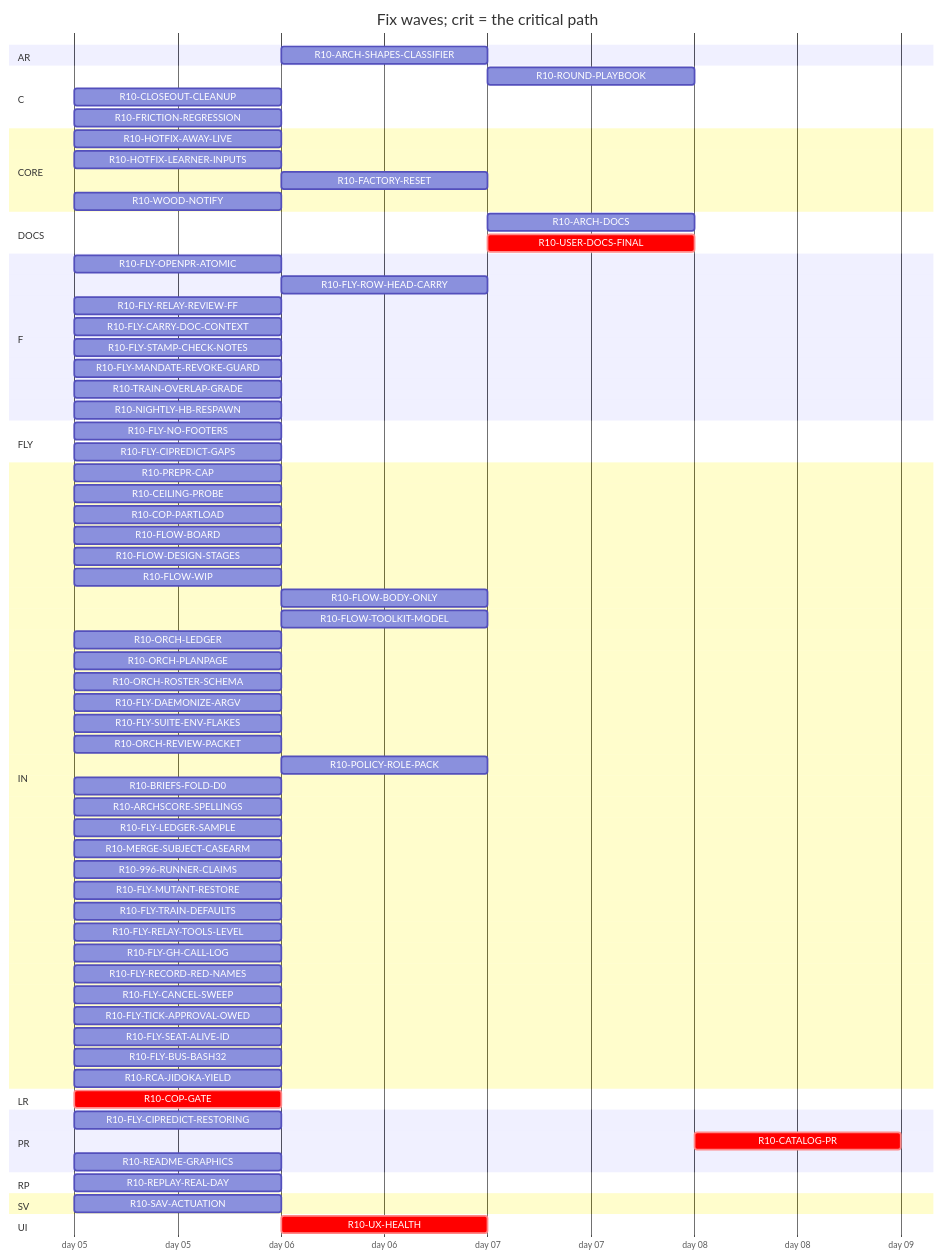
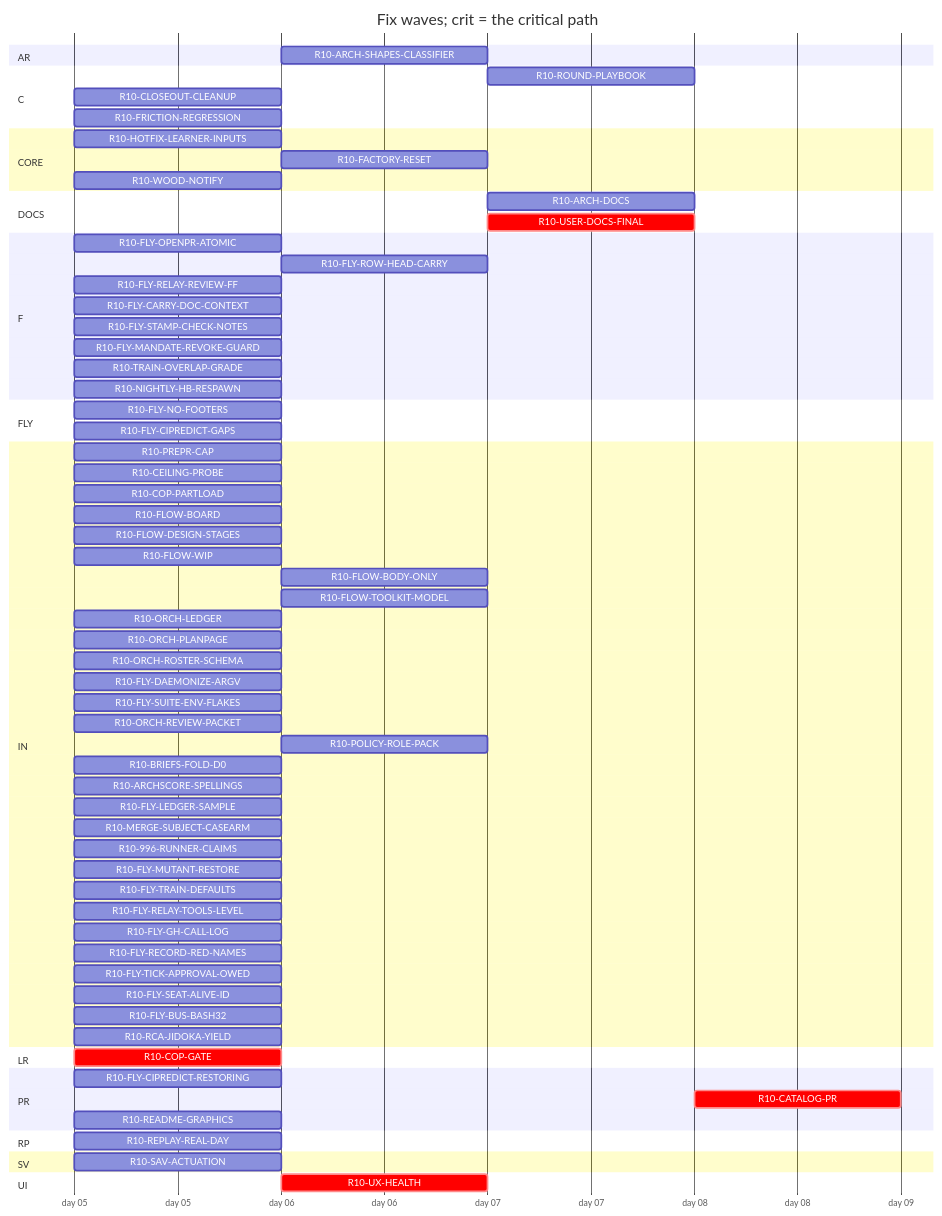
Before and after one commit to tvofi/heatpump_optimizer: the diagram in handoff/round10/state/PLAN-TABLE.md, drawn with Mermaid. The commit also changed other lines of this file and 3 other files, not shown here.

Commit message:
state: FLOW-BOARD.md, NEXT-SESSION-PROMPT.md, PLAN-TABLE.md, RESUME-CURRENT.md regenerated (state_docs.py)

````diff
--- a/handoff/round10/state/PLAN-TABLE.md
+++ b/handoff/round10/state/PLAN-TABLE.md
@@ -25,75 +25,73 @@
 ```mermaid
 gantt
   title Fix waves; crit = the critical path
   dateFormat YYYY-MM-DD
   axisFormat day %d
   section AR
     R10-ARCH-SHAPES-CLASSIFIER :r10ARCHSHAPESCLASSIFIER, after r10996RUNNERCLAIMS, 1d
   section C
     R10-ROUND-PLAYBOOK :r10ROUNDPLAYBOOK, after r10ORCHLEDGER r10ORCHPLANPAGE r10FLYRELAYREVIEWFF r10FLOWBODYONLY, 1d
     R10-CLOSEOUT-CLEANUP :r10CLOSEOUTCLEANUP, 2026-01-05, 1d
     R10-FRICTION-REGRESSION :r10FRICTIONREGRESSION, 2026-01-05, 1d
   section CORE
-    R10-HOTFIX-AWAY-LIVE :r10HOTFIXAWAYLIVE, 2026-01-05, 1d
     R10-HOTFIX-LEARNER-INPUTS :r10HOTFIXLEARNERINPUTS, 2026-01-05, 1d
     R10-FACTORY-RESET :r10FACTORYRESET, after r10HOTFIXLEARNERINPUTS, 1d
     R10-WOOD-NOTIFY :r10WOODNOTIFY, 2026-01-05, 1d
   section DOCS
     R10-ARCH-DOCS :r10ARCHDOCS, after r10COPGATE r10UXHEALTH r10CEILINGPROBE r10COPPARTLOAD r10FLOWBOARD r10FLOWDESIGNSTAGES r10FLOWWIP r10FLOWBODYONLY r10FLYOPENPRATOMIC r10FLYROWHEADCARRY r10FLYRELAYREVIEWFF r10FLYCARRYDOCCONTEXT r10FLOWTOOLKITMODEL r10FLYSTAMPCHECKNOTES r10FLYMANDATEREVOKEGUARD r10TRAINOVERLAPGRADE r10NIGHTLYHBRESPAWN r10ORCHLEDGER r10ORCHPLANPAGE r10ORCHROSTERSCHEMA r10FLYDAEMONIZEARGV r10ORCHREVIEWPACKET r10POLICYROLEPACK r10BRIEFSFOLDD0 r10REPLAYREALDAY r10ARCHSCORESPELLINGS r10SAVACTUATION r10FLYLEDGERSAMPLE r10READMEGRAPHICS, 1d
-    R10-USER-DOCS-FINAL :crit, r10USERDOCSFINAL, after r10COPGATE r10UXHEALTH r10CEILINGPROBE r10COPPARTLOAD r10FLOWBOARD r10FLOWDESIGNSTAGES r10FLOWWIP r10FLOWBODYONLY r10FLYOPENPRATOMIC r10FLYROWHEADCARRY r10FLYRELAYREVIEWFF r10FLYCARRYDOCCONTEXT r10FLOWTOOLKITMODEL r10FLYSTAMPCHECKNOTES r10FLYMANDATEREVOKEGUARD r10TRAINOVERLAPGRADE r10NIGHTLYHBRESPAWN r10ORCHLEDGER r10ORCHPLANPAGE r10ORCHROSTERSCHEMA r10FLYDAEMONIZEARGV r10ORCHREVIEWPACKET r10POLICYROLEPACK r10BRIEFSFOLDD0 r10REPLAYREALDAY r10ARCHSCORESPELLINGS r10SAVACTUATION r10FLYLEDGERSAMPLE r10READMEGRAPHICS r10HOTFIXAWAYLIVE r10HOTFIXLEARNERINPUTS r10FACTORYRESET r10WOODNOTIFY, 1d
+    R10-USER-DOCS-FINAL :crit, r10USERDOCSFINAL, after r10COPGATE r10UXHEALTH r10CEILINGPROBE r10COPPARTLOAD r10FLOWBOARD r10FLOWDESIGNSTAGES r10FLOWWIP r10FLOWBODYONLY r10FLYOPENPRATOMIC r10FLYROWHEADCARRY r10FLYRELAYREVIEWFF r10FLYCARRYDOCCONTEXT r10FLOWTOOLKITMODEL r10FLYSTAMPCHECKNOTES r10FLYMANDATEREVOKEGUARD r10TRAINOVERLAPGRADE r10NIGHTLYHBRESPAWN r10ORCHLEDGER r10ORCHPLANPAGE r10ORCHROSTERSCHEMA r10FLYDAEMONIZEARGV r10ORCHREVIEWPACKET r10POLICYROLEPACK r10BRIEFSFOLDD0 r10REPLAYREALDAY r10ARCHSCORESPELLINGS r10SAVACTUATION r10FLYLEDGERSAMPLE r10READMEGRAPHICS r10HOTFIXLEARNERINPUTS r10FACTORYRESET r10WOODNOTIFY, 1d
   section F
     R10-FLY-OPENPR-ATOMIC :r10FLYOPENPRATOMIC, 2026-01-05, 1d
     R10-FLY-ROW-HEAD-CARRY :r10FLYROWHEADCARRY, after r10FLYOPENPRATOMIC, 1d
     R10-FLY-RELAY-REVIEW-FF :r10FLYRELAYREVIEWFF, 2026-01-05, 1d
     R10-FLY-CARRY-DOC-CONTEXT :r10FLYCARRYDOCCONTEXT, 2026-01-05, 1d
     R10-FLY-STAMP-CHECK-NOTES :r10FLYSTAMPCHECKNOTES, 2026-01-05, 1d
     R10-FLY-MANDATE-REVOKE-GUARD :r10FLYMANDATEREVOKEGUARD, 2026-01-05, 1d
     R10-TRAIN-OVERLAP-GRADE :r10TRAINOVERLAPGRADE, 2026-01-05, 1d
     R10-NIGHTLY-HB-RESPAWN :r10NIGHTLYHBRESPAWN, 2026-01-05, 1d
   section FLY
     R10-FLY-NO-FOOTERS :r10FLYNOFOOTERS, 2026-01-05, 1d
     R10-FLY-CIPREDICT-GAPS :r10FLYCIPREDICTGAPS, 2026-01-05, 1d
   section IN
     R10-PREPR-CAP :r10PREPRCAP, 2026-01-05, 1d
     R10-CEILING-PROBE :r10CEILINGPROBE, 2026-01-05, 1d
     R10-COP-PARTLOAD :r10COPPARTLOAD, 2026-01-05, 1d
     R10-FLOW-BOARD :r10FLOWBOARD, 2026-01-05, 1d
     R10-FLOW-DESIGN-STAGES :r10FLOWDESIGNSTAGES, 2026-01-05, 1d
     R10-FLOW-WIP :r10FLOWWIP, 2026-01-05, 1d
     R10-FLOW-BODY-ONLY :r10FLOWBODYONLY, after r10FLYOPENPRATOMIC, 1d
     R10-FLOW-TOOLKIT-MODEL :r10FLOWTOOLKITMODEL, after r10ORCHPLANPAGE, 1d
     R10-ORCH-LEDGER :r10ORCHLEDGER, 2026-01-05, 1d
     R10-ORCH-PLANPAGE :r10ORCHPLANPAGE, 2026-01-05, 1d
     R10-ORCH-ROSTER-SCHEMA :r10ORCHROSTERSCHEMA, 2026-01-05, 1d
     R10-FLY-DAEMONIZE-ARGV :r10FLYDAEMONIZEARGV, 2026-01-05, 1d
     R10-FLY-SUITE-ENV-FLAKES :r10FLYSUITEENVFLAKES, 2026-01-05, 1d
     R10-ORCH-REVIEW-PACKET :r10ORCHREVIEWPACKET, 2026-01-05, 1d
     R10-POLICY-ROLE-PACK :r10POLICYROLEPACK, after r10FLOWDESIGNSTAGES, 1d
     R10-BRIEFS-FOLD-D0 :r10BRIEFSFOLDD0, 2026-01-05, 1d
     R10-ARCHSCORE-SPELLINGS :r10ARCHSCORESPELLINGS, 2026-01-05, 1d
     R10-FLY-LEDGER-SAMPLE :r10FLYLEDGERSAMPLE, 2026-01-05, 1d
     R10-MERGE-SUBJECT-CASEARM :r10MERGESUBJECTCASEARM, 2026-01-05, 1d
     R10-996-RUNNER-CLAIMS :r10996RUNNERCLAIMS, 2026-01-05, 1d
     R10-FLY-MUTANT-RESTORE :r10FLYMUTANTRESTORE, 2026-01-05, 1d
     R10-FLY-TRAIN-DEFAULTS :r10FLYTRAINDEFAULTS, 2026-01-05, 1d
     R10-FLY-RELAY-TOOLS-LEVEL :r10FLYRELAYTOOLSLEVEL, 2026-01-05, 1d
     R10-FLY-GH-CALL-LOG :r10FLYGHCALLLOG, 2026-01-05, 1d
     R10-FLY-RECORD-RED-NAMES :r10FLYRECORDREDNAMES, 2026-01-05, 1d
-    R10-FLY-CANCEL-SWEEP :r10FLYCANCELSWEEP, 2026-01-05, 1d
     R10-FLY-TICK-APPROVAL-OWED :r10FLYTICKAPPROVALOWED, 2026-01-05, 1d
     R10-FLY-SEAT-ALIVE-ID :r10FLYSEATALIVEID, 2026-01-05, 1d
     R10-FLY-BUS-BASH32 :r10FLYBUSBASH32, 2026-01-05, 1d
     R10-RCA-JIDOKA-YIELD :r10RCAJIDOKAYIELD, 2026-01-05, 1d
   section LR
     R10-COP-GATE :crit, r10COPGATE, 2026-01-05, 1d
   section PR
     R10-FLY-CIPREDICT-RESTORING :r10FLYCIPREDICTRESTORING, 2026-01-05, 1d
     R10-CATALOG-PR :crit, r10CATALOGPR, after r10READMEGRAPHICS r10USERDOCSFINAL, 1d
     R10-README-GRAPHICS :r10READMEGRAPHICS, 2026-01-05, 1d
   section RP
     R10-REPLAY-REAL-DAY :r10REPLAYREALDAY, 2026-01-05, 1d
   section SV
     R10-SAV-ACTUATION :r10SAVACTUATION, 2026-01-05, 1d
   section UI
     R10-UX-HEALTH :crit, r10UXHEALTH, after r10COPGATE, 1d
 ```
````
